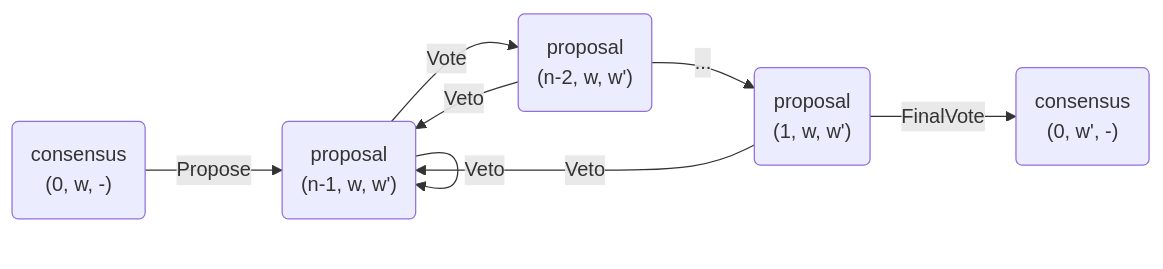
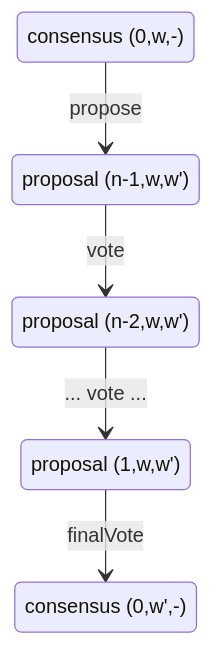
One commit to statechannels/statechannels changed the second of 2 diagrams in packages/nitro-protocol/docs/forcemove-and-nitro/consensus-app.md. Above: the diagram before and after it, drawn with Mermaid. The commit also changed other lines of this file, not shown here.

Commit message:
Upgrade consensusApp diagram to stateDiagram

```diff
--- a/packages/nitro-protocol/docs/forcemove-and-nitro/consensus-app.md
+++ b/packages/nitro-protocol/docs/forcemove-and-nitro/consensus-app.md
@@ -46,11 +57,12 @@
-<div class="mermaid">
-graph LR
-linkStyle default interpolate basis
-   A("consensus <br /> (0, w, -)")-->|Propose| B("proposal <br /> (n-1, w, w')")
-   B-->|Vote| C("proposal <br /> (n-2, w, w')")
-   C-->|...| D("proposal <br /> (1, w, w')")
-   D-->|FinalVote| E("consensus <br /> (0, w', -)")
-   B-->|Veto| B
-   C-->|Veto| B
-   D-->|Veto| B
+<div class="mermaid" align="center">
+stateDiagram
+  s0  --> s1 : propose
+  s1  --> s2 : vote
+  s2  --> sm : ... vote ...
+  sm  --> sn : finalVote
+  s0 : consensus (0,w,-)
+  s1 : proposal (n-1,w,w')
+  s2 : proposal (n-2,w,w')
+  sm : proposal (1,w,w')
+  sn : consensus (0,w',-)
 </div>
```
